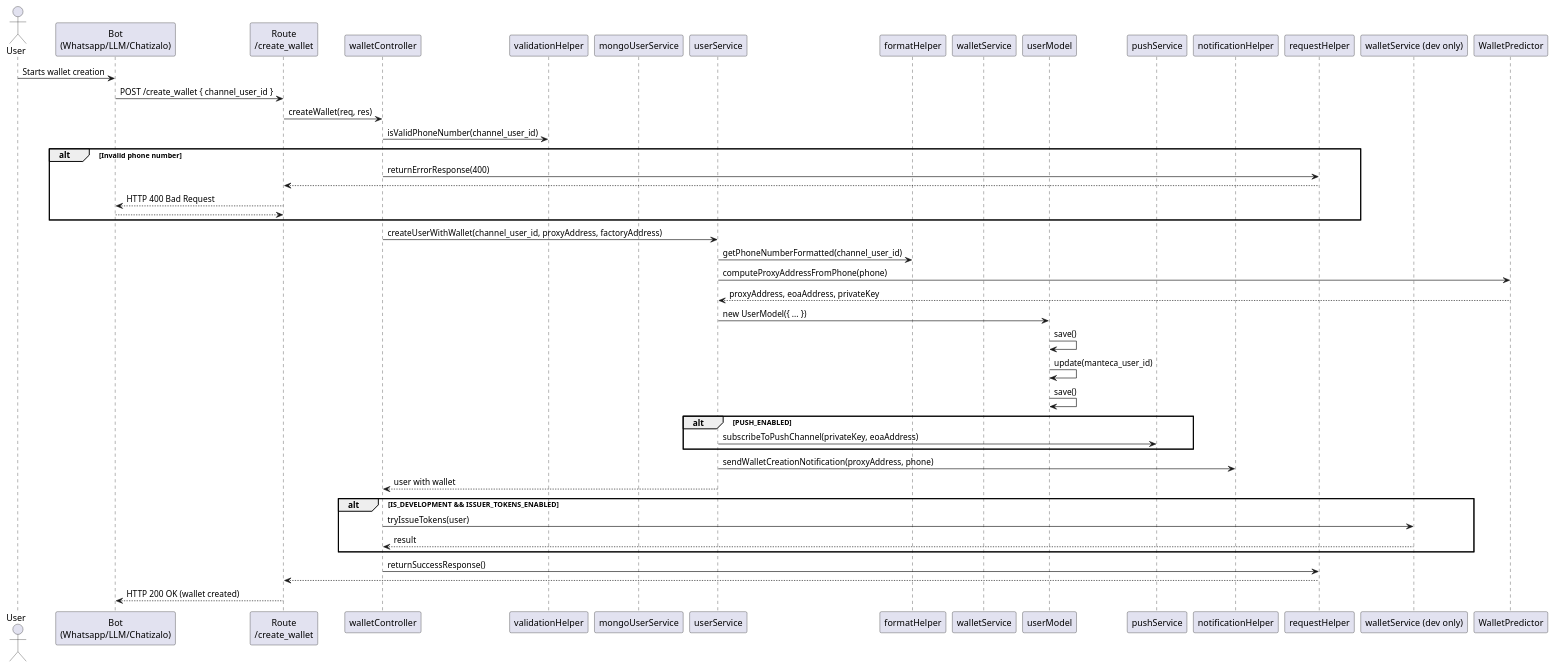
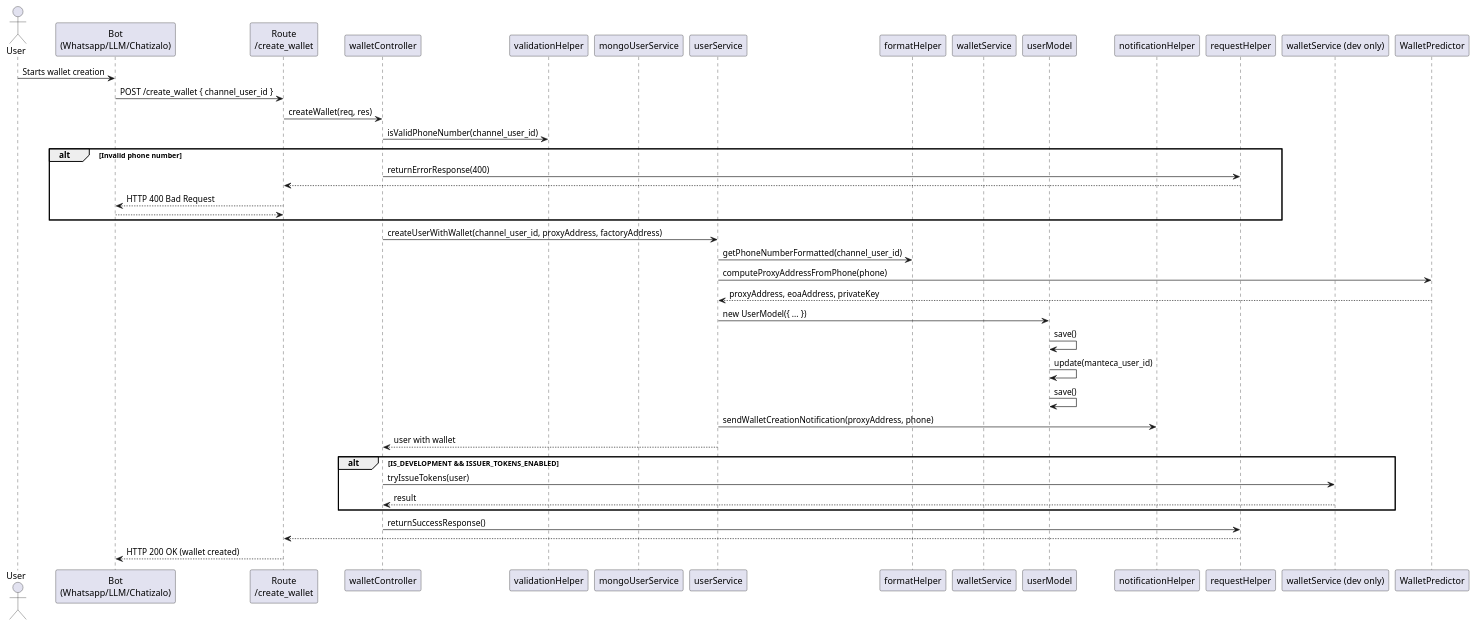
One commit to P4-Games/ChatterPay-Backend changed the diagram in .doc/development/sequence-diagrams/create-wallet-1.puml. Above: the diagram before and after it, drawn with PlantUML. The commit also changed 23 other files, not shown here.

```diff
--- a/.doc/development/sequence-diagrams/create-wallet-1.puml
+++ b/.doc/development/sequence-diagrams/create-wallet-1.puml
@@ -1,56 +1,51 @@
 @startuml
 actor User
 participant "Bot\n(Whatsapp/LLM/Chatizalo)" as FE
 participant "Route\n/create_wallet" as Route
 participant "walletController" as Controller
 participant "validationHelper" as Validator
 participant "mongoUserService" as MongoService
 participant "userService" as UserService
 participant "formatHelper" as Formatter
 participant "walletService" as WalletService
 participant "userModel" as UserModel
-participant "pushService" as PushService
 participant "notificationHelper" as Notifier
 participant "requestHelper" as Response
 participant "walletService (dev only)" as TokenIssuer
 
 User -> FE: Starts wallet creation
 FE -> Route: POST /create_wallet { channel_user_id }
 Route -> Controller: createWallet(req, res)
 
 Controller -> Validator: isValidPhoneNumber(channel_user_id)
 alt Invalid phone number
     Controller -> Response: returnErrorResponse(400)
     Response --> Route
     Route --> FE: HTTP 400 Bad Request
     return
 end
 
 Controller -> UserService: createUserWithWallet(channel_user_id, proxyAddress, factoryAddress)
 
 UserService -> Formatter: getPhoneNumberFormatted(channel_user_id)
 UserService -> WalletPredictor: computeProxyAddressFromPhone(phone)
 WalletPredictor --> UserService: proxyAddress, eoaAddress, privateKey
 
 UserService -> UserModel: new UserModel({ ... })
 UserModel -> UserModel: save()
 UserModel -> UserModel: update(manteca_user_id)
 UserModel -> UserModel: save()
 
-alt PUSH_ENABLED
-    UserService -> PushService: subscribeToPushChannel(privateKey, eoaAddress)
-end
-
 UserService -> Notifier: sendWalletCreationNotification(proxyAddress, phone)
 
 UserService --> Controller: user with wallet
 
 alt IS_DEVELOPMENT && ISSUER_TOKENS_ENABLED
     Controller -> TokenIssuer: tryIssueTokens(user)
     TokenIssuer --> Controller: result
 end
 
 Controller -> Response: returnSuccessResponse()
 Response --> Route
 Route --> FE: HTTP 200 OK (wallet created)
 @enduml
```
